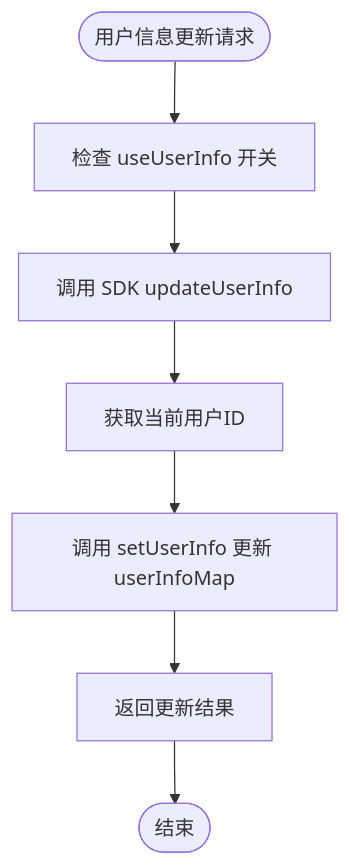
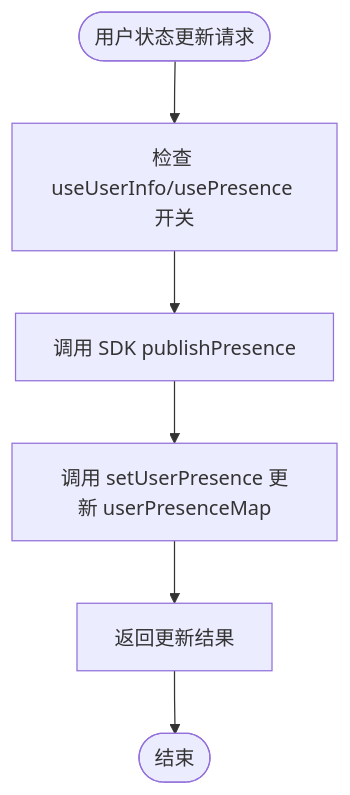
One commit to Easemob-Community/easemob-uikit-uniapp-community changed diagram 14 of 14 in .qoder/repowiki/zh/content/核心架构/Store状态管理系统架构/用户状态管理.md. Above: the diagram before and after it, drawn with Mermaid. The commit also changed other lines of this file and 8 other files, not shown here.

````diff
--- a/.qoder/repowiki/zh/content/核心架构/Store状态管理系统架构/用户状态管理.md
+++ b/.qoder/repowiki/zh/content/核心架构/Store状态管理系统架构/用户状态管理.md
@@ -515,9 +560,8 @@
 ```mermaid
 flowchart TD
-Start(["用户信息更新请求"]) --> CheckFeature["检查 useUserInfo 开关"]
-CheckFeature --> CallSDK["调用 SDK updateUserInfo"]
-CallSDK --> GetUserId["获取当前用户ID"]
-GetUserId --> UpdateState["调用 setUserInfo 更新 userInfoMap"]
-UpdateState --> ReturnResult["返回更新结果"]
+Start(["用户状态更新请求"]) --> CheckFeature["检查 useUserInfo/usePresence 开关"]
+CheckFeature --> Publish["调用 SDK publishPresence"]
+Publish --> UpdateLocal["调用 setUserPresence 更新 userPresenceMap"]
+UpdateLocal --> ReturnResult["返回更新结果"]
 ReturnResult --> End(["结束"])
 ```
````
